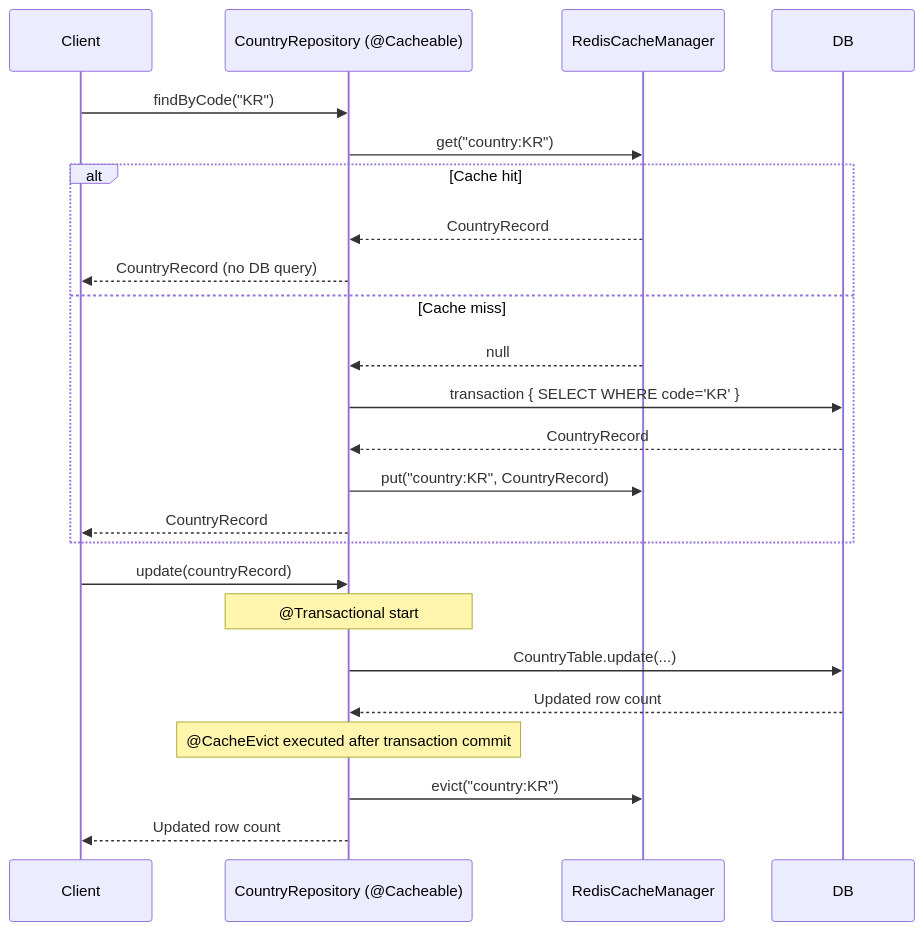
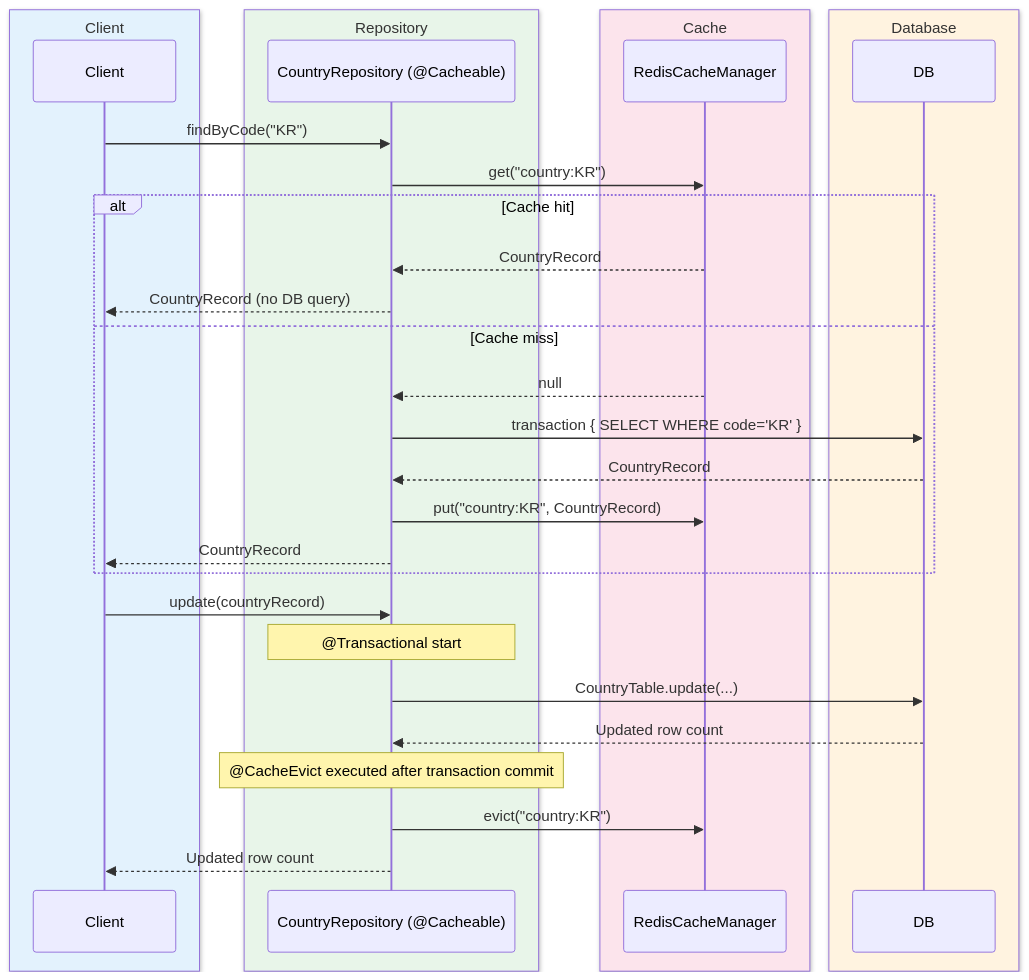
Before and after one commit to bluetape4k/exposed-workshop: the third of 3 diagrams in 09-spring/06-spring-cache/README.md, drawn with Mermaid. The commit also changed 43 other files, not shown here.

First line of the commit message:
docs: sequence diagram에 box rgb() 파스텔 영역 적용

````diff
--- a/09-spring/06-spring-cache/README.md
+++ b/09-spring/06-spring-cache/README.md
@@ -183,29 +183,37 @@
 ```mermaid
-%%{init: {"theme": "neutral", "themeVariables": {"fontFamily": "'Comic Mono', 'goorm sans code', 'JetBrains Mono', 'goorm sans'", "actorBkg": "#E3F2FD", "actorBorder": "#90CAF9", "actorTextColor": "#1565C0", "actorLineColor": "#90CAF9", "activationBkgColor": "#E8F5E9", "activationBorderColor": "#A5D6A7", "labelBoxBkgColor": "#FFF3E0", "labelBoxBorderColor": "#FFCC80", "labelTextColor": "#E65100", "loopTextColor": "#6A1B9A", "noteBkgColor": "#F3E5F5", "noteBorderColor": "#CE93D8", "noteTextColor": "#6A1B9A", "signalColor": "#1565C0", "signalTextColor": "#1565C0"}}}%%
+%%{init: {"theme": "neutral", "themeVariables": {"fontFamily": "'Comic Mono', 'goorm sans code', 'JetBrains Mono', 'goorm sans'"}}}%%
 sequenceDiagram
-    participant Client
-    participant CountryRepository as CountryRepository (@Cacheable)
-    participant CacheManager as RedisCacheManager
-    participant DB
+    box rgb(227, 242, 253) Client
+        participant Client
+    end
+    box rgb(232, 245, 233) Repository
+        participant CountryRepository as CountryRepository (@Cacheable)
+    end
+    box rgb(252, 228, 236) Cache
+        participant CacheManager as RedisCacheManager
+    end
+    box rgb(255, 243, 224) Database
+        participant DB
+    end
 
     Client->>CountryRepository: findByCode("KR")
     CountryRepository->>CacheManager: get("country:KR")
     alt Cache hit
         CacheManager-->>CountryRepository: CountryRecord
         CountryRepository-->>Client: CountryRecord (no DB query)
     else Cache miss
         CacheManager-->>CountryRepository: null
         CountryRepository->>DB: transaction { SELECT WHERE code='KR' }
         DB-->>CountryRepository: CountryRecord
         CountryRepository->>CacheManager: put("country:KR", CountryRecord)
         CountryRepository-->>Client: CountryRecord
     end
 
     Client->>CountryRepository: update(countryRecord)
     Note over CountryRepository: @Transactional start
     CountryRepository->>DB: CountryTable.update(...)
     DB-->>CountryRepository: Updated row count
     Note over CountryRepository: @CacheEvict executed after transaction commit
     CountryRepository->>CacheManager: evict("country:KR")
     CountryRepository-->>Client: Updated row count
 ```
````
